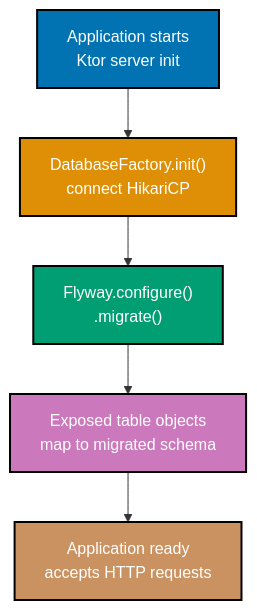
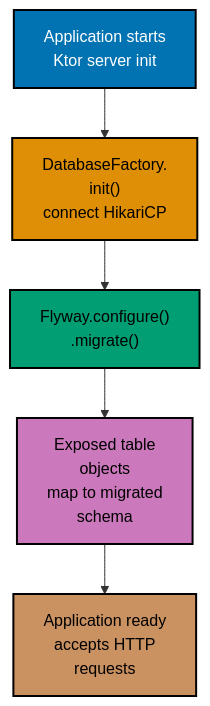
One commit to wahidyankf/ose-public changed the fourth of 4 diagrams in apps/ayokoding-www/content/en/learn/legacy/software-engineering/data/tools/kotlin-flyway/by-example/intermediate.md. Above: the diagram before and after it, drawn with Mermaid. The commit also changed other lines of this file and 131 other files, not shown here.

First line of the commit message:
fix(mermaid): bring the legacy data, infrastructure, and testing diagrams onto the accessible palette

````diff
--- a/apps/ayokoding-www/content/en/learn/legacy/software-engineering/data/tools/kotlin-flyway/by-example/intermediate.md
+++ b/apps/ayokoding-www/content/en/learn/legacy/software-engineering/data/tools/kotlin-flyway/by-example/intermediate.md
@@ -1507,18 +1516,21 @@
 ```mermaid
 %% Color Palette: Blue #0173B2, Orange #DE8F05, Teal #029E73, Purple #CC78BC, Brown #CA9161
 %% Flyway + Exposed integration startup sequence
 graph TD
-    A["Application starts\nKtor server init"]:::blue
-    B["DatabaseFactory.init()\nconnect HikariCP"]:::orange
-    C["Flyway.configure()\n.migrate()"]:::teal
-    D["Exposed table objects\nmap to migrated schema"]:::purple
-    E["Application ready\naccepts HTTP requests"]:::brown
+    accTitle: Example 60: Exposed ORM Integration Pattern
+    accDescr: Graph with 5 nodes and 4 connections. Nodes: Application starts Ktor server init, DatabaseFactory. init() connect HikariCP, Flyway.configure() .migrate(), Exposed table objects map to migrated schema, Application ready accepts HTTP requests. Connections: Application starts Ktor server init to DatabaseFactory. init() connect HikariCP, DatabaseFactory. init() connect HikariCP to Flyway.configure() .migrate(), Flyway.configure() .migrate() to Exposed table objects map to migrated schema, Exposed table objects map to migrated schema to Application ready accepts HTTP requests.
+    A["Application starts<br/>Ktor server init"]:::blue
+    B["DatabaseFactory.<br/>init()<br/>connect HikariCP"]:::orange
+    C["Flyway.configure()<br/>.migrate()"]:::teal
+    D["Exposed table<br/>objects<br/>map to migrated<br/>schema"]:::purple
+    E["Application ready<br/>accepts HTTP<br/>requests"]:::brown
 
     A --> B --> C --> D --> E
 
     classDef blue fill:#0173B2,stroke:#000000,color:#FFFFFF,stroke-width:2px
-    classDef orange fill:#DE8F05,stroke:#000000,color:#FFFFFF,stroke-width:2px
-    classDef teal fill:#029E73,stroke:#000000,color:#FFFFFF,stroke-width:2px
-    classDef purple fill:#CC78BC,stroke:#000000,color:#FFFFFF,stroke-width:2px
-    classDef brown fill:#CA9161,stroke:#000000,color:#FFFFFF,stroke-width:2px
+    classDef orange fill:#DE8F05,stroke:#000000,color:#000000,stroke-width:2px
+    classDef teal fill:#029E73,stroke:#000000,color:#000000,stroke-width:2px
+    classDef purple fill:#CC78BC,stroke:#000000,color:#000000,stroke-width:2px
+    classDef brown fill:#CA9161,stroke:#000000,color:#000000,stroke-width:2px
+    classDef default fill:#FFFFFF,stroke:#000000,color:#000000
 ```
````
